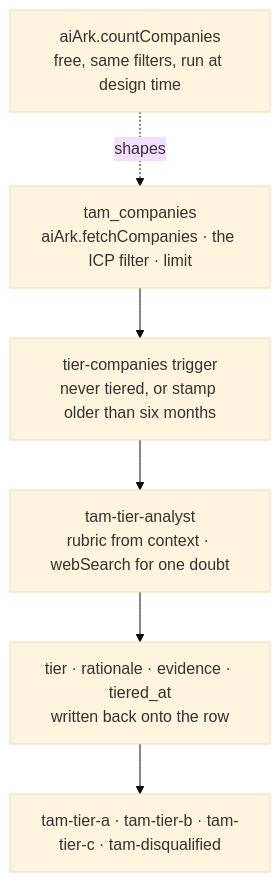
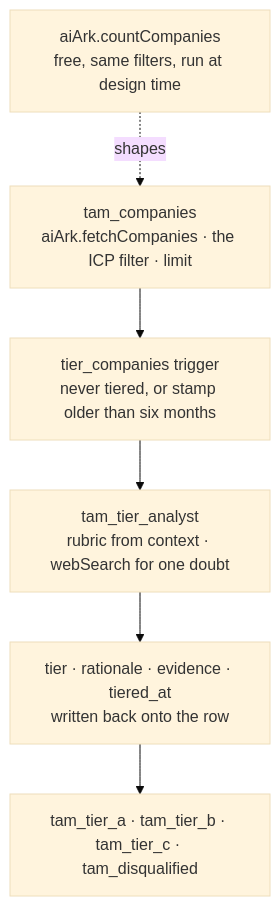
Before and after one commit to getcargohq/gtm-skills: the diagram in tam-building/README.md, drawn with Mermaid (base theme). The commit also changed other lines of this file and 65 other files, not shown here.

````diff
--- a/tam-building/README.md
+++ b/tam-building/README.md
@@ -26,12 +26,12 @@
 ```mermaid
 flowchart TD
     count["aiArk.countCompanies<br/>free, same filters, run at design time"]
     model["tam_companies<br/>aiArk.fetchCompanies · the ICP filter · limit"]
-    trigger["tier-companies trigger<br/>never tiered, or stamp older than six months"]
-    agent["tam-tier-analyst<br/>rubric from context · webSearch for one doubt"]
+    trigger["tier_companies trigger<br/>never tiered, or stamp older than six months"]
+    agent["tam_tier_analyst<br/>rubric from context · webSearch for one doubt"]
     write["tier · rationale · evidence · tiered_at<br/>written back onto the row"]
-    segments["tam-tier-a · tam-tier-b · tam-tier-c · tam-disqualified"]
+    segments["tam_tier_a · tam_tier_b · tam_tier_c · tam_disqualified"]
 
     count -.->|"shapes"| model
     model --> trigger --> agent --> write --> segments
 ```
````
